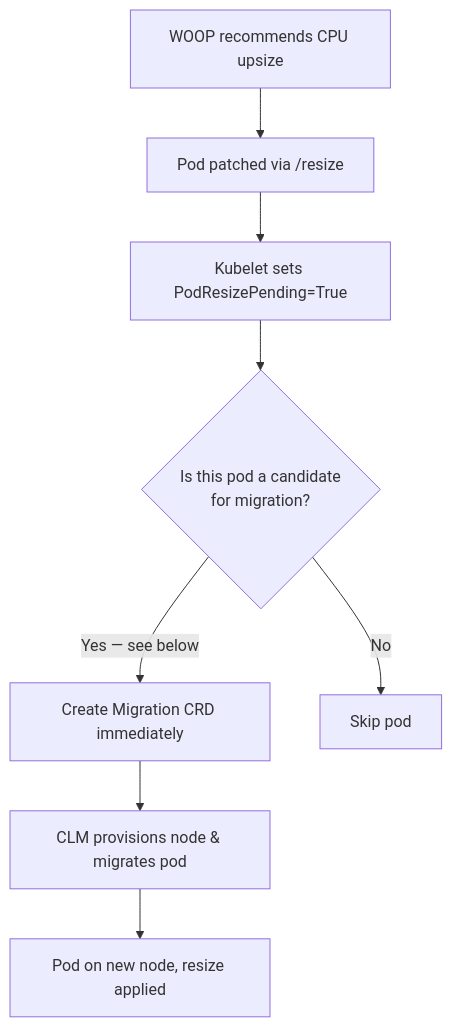
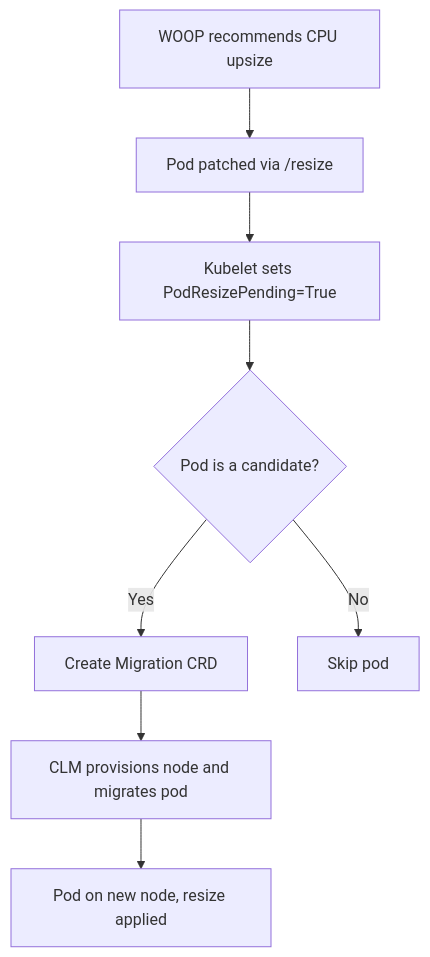
One commit to ronakforcast/castai-workload-resize-migrator changed the first of 2 diagrams in README.md. Above: the diagram before and after it, drawn with Mermaid. The commit also changed other lines of this file, not shown here.

Commit message:
Replace verbose timeline diagram with clean sequence diagram

````diff
--- a/README.md
+++ b/README.md
@@ -31,11 +31,10 @@
 ```mermaid
 flowchart TD
     WOOP[WOOP recommends CPU upsize] --> Pod[Pod patched via /resize]
     Pod --> Kubelet[Kubelet sets PodResizePending=True]
-    Kubelet --> Candidate{Is this pod a candidate
-for migration?}
-    Candidate -->|Yes — see below| Create[Create Migration CRD immediately]
+    Kubelet --> Candidate{Pod is a candidate?}
+    Candidate -->|Yes| Create[Create Migration CRD]
     Candidate -->|No| Skip[Skip pod]
-    Create --> CLM[CLM provisions node & migrates pod]
+    Create --> CLM[CLM provisions node and migrates pod]
     CLM --> Done[Pod on new node, resize applied]
 ```
````
